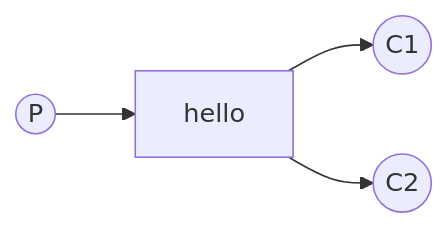
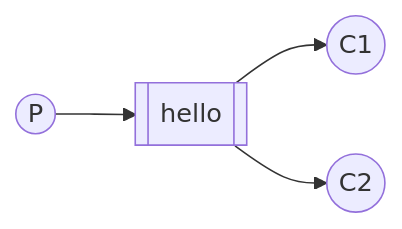
The fourth of 6 diagrams in README.md (thiagochfc/RabbitMQ.Tutorial), drawn with Mermaid before and after one commit. The commit also changed other lines of this file and 7 other files, not shown here.

````diff
--- a/README.md
+++ b/README.md
@@ -124,6 +129,4 @@
 ```mermaid
-
 flowchart LR
-
-    Producer((P)) --> Queue[hello] --> Consumer1((C1)) & Consumer2((C2))
+    Producer((P)) --> Queue[[hello]] --> Consumer1((C1)) & Consumer2((C2))
 ```
````
